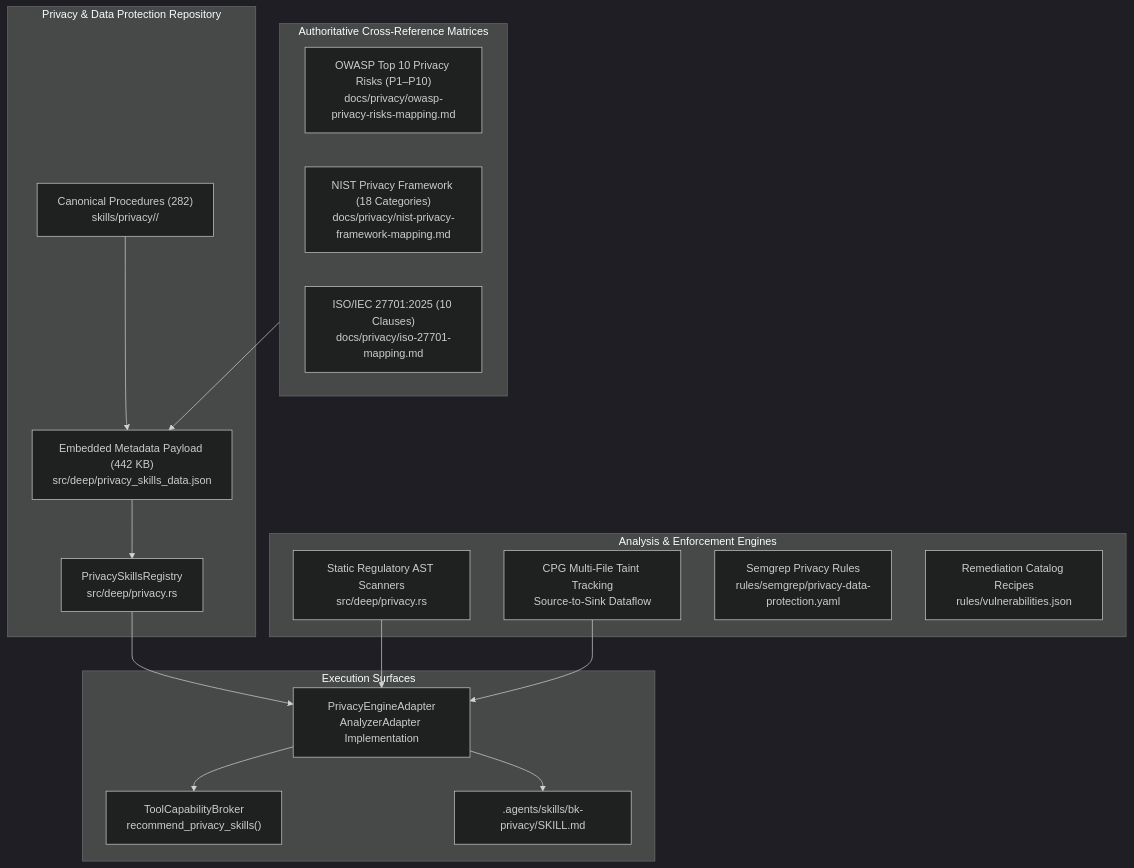
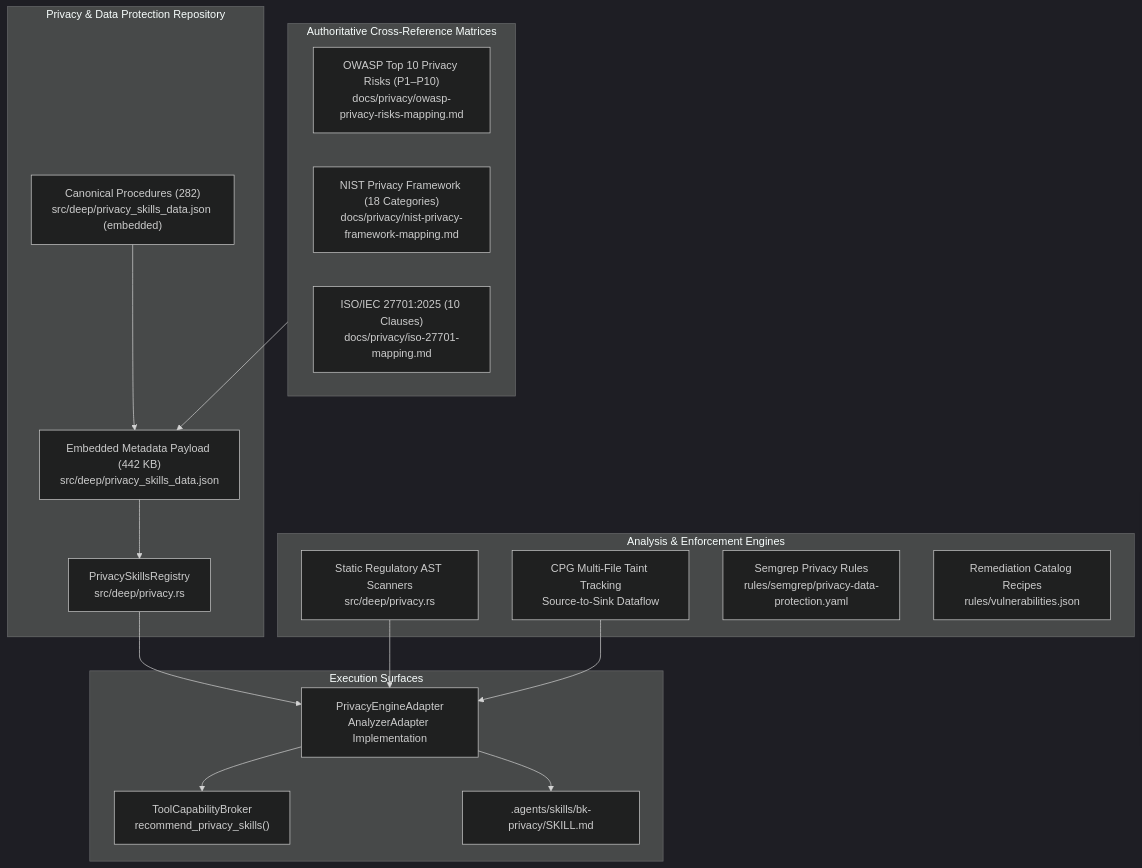
One commit to imMamdouhaboammar/bug-killer changed the fourth of 4 diagrams in docs/SIBLING_TOOLS.md. Above: the diagram before and after it, drawn with Mermaid (dark theme). The commit also changed other lines of this file and 5 other files, not shown here.

Commit message:
fix(privacy): handle retired skills source and reconcile docs (#62)

````diff
--- a/docs/SIBLING_TOOLS.md
+++ b/docs/SIBLING_TOOLS.md
@@ -400,36 +402,36 @@
 ```mermaid
 flowchart TD
     subgraph REPO ["Privacy & Data Protection Repository"]
-        SKILLS["Canonical Procedures (282)<br/>skills/privacy/<skill-id>/"]
+        SKILLS["Canonical Procedures (282)<br/>src/deep/privacy_skills_data.json (embedded)"]
         DATA["Embedded Metadata Payload (442 KB)<br/>src/deep/privacy_skills_data.json"]
         REGISTRY["PrivacySkillsRegistry<br/>src/deep/privacy.rs"]
     end
 
     subgraph MATRICES ["Authoritative Cross-Reference Matrices"]
         OWASP["OWASP Top 10 Privacy Risks (P1–P10)<br/>docs/privacy/owasp-privacy-risks-mapping.md"]
         NIST["NIST Privacy Framework (18 Categories)<br/>docs/privacy/nist-privacy-framework-mapping.md"]
         ISO["ISO/IEC 27701:2025 (10 Clauses)<br/>docs/privacy/iso-27701-mapping.md"]
     end
 
     subgraph DETECTION ["Analysis & Enforcement Engines"]
         STATIC["Static Regulatory AST Scanners<br/>src/deep/privacy.rs"]
         CPG["CPG Multi-File Taint Tracking<br/>Source-to-Sink Dataflow"]
         RULES["Semgrep Privacy Rules<br/>rules/semgrep/privacy-data-protection.yaml"]
         HEAL["Remediation Catalog Recipes<br/>rules/vulnerabilities.json"]
     end
 
     subgraph SURFACES ["Execution Surfaces"]
         BROKER["ToolCapabilityBroker<br/>recommend_privacy_skills()"]
         ADAPTER["PrivacyEngineAdapter<br/>AnalyzerAdapter Implementation"]
         AGENT_SKILL[".agents/skills/bk-privacy/SKILL.md"]
     end
 
     SKILLS --> DATA
     MATRICES --> DATA
     DATA --> REGISTRY
     REGISTRY --> ADAPTER
     STATIC --> ADAPTER
     CPG --> ADAPTER
     ADAPTER --> BROKER
     ADAPTER --> AGENT_SKILL
 ```
````
